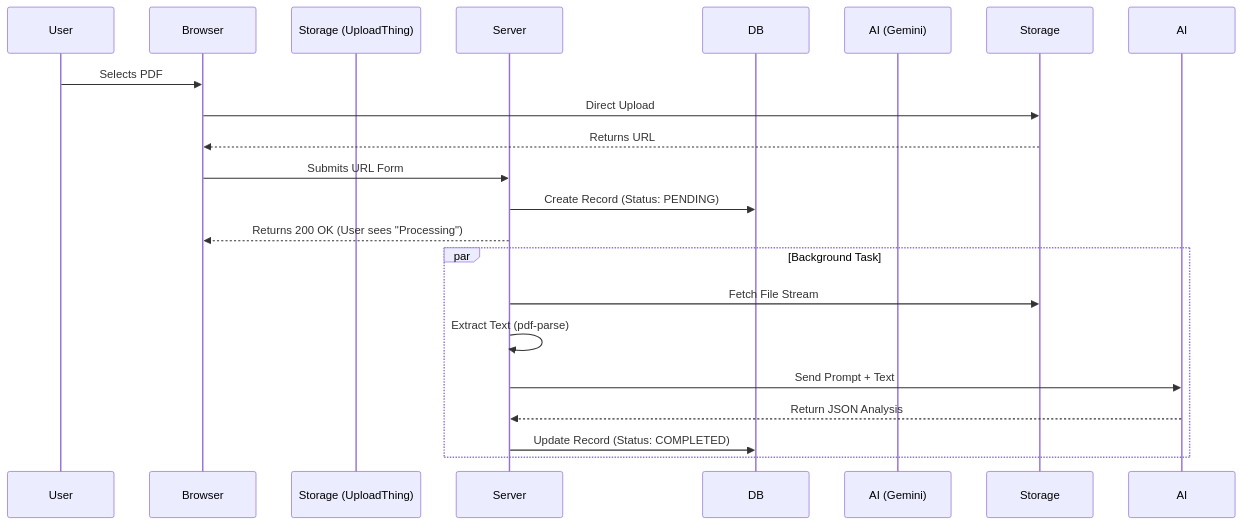
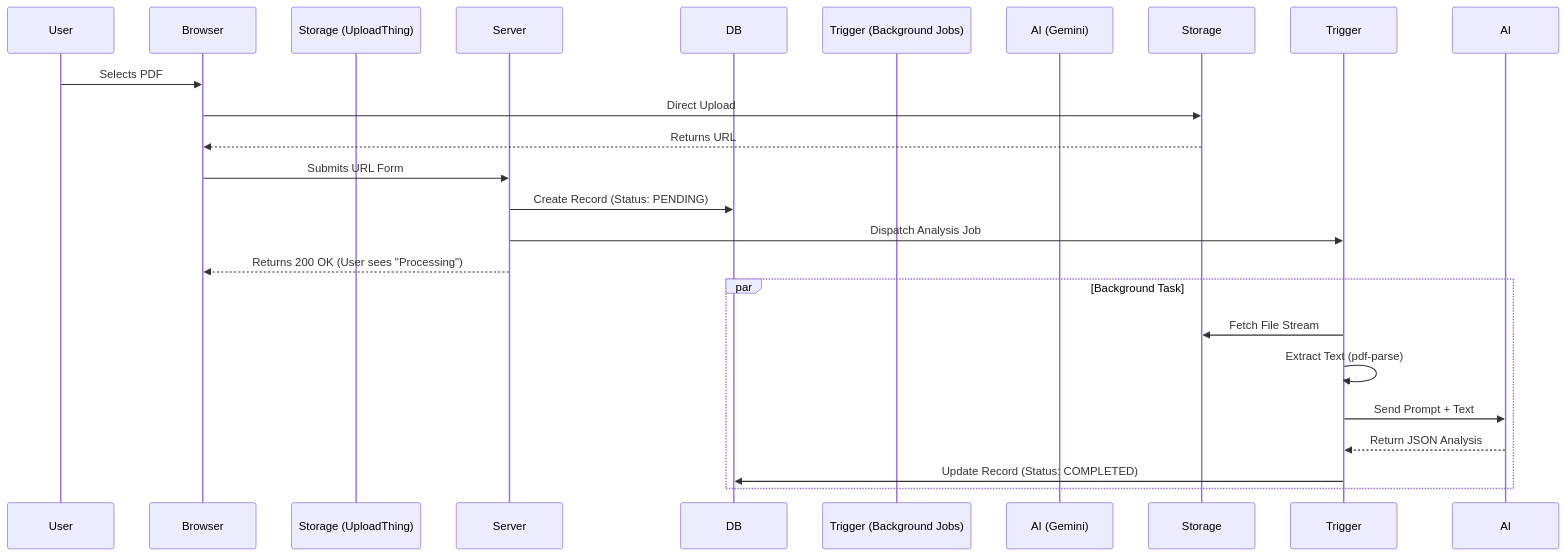
The diagram in README.md (jenacodes/AI-resume-analyzer), drawn with Mermaid before and after one commit. The commit also changed other lines of this file, not shown here.

Commit message:
docs: Update README to detail Trigger.dev integration for background jobs, add Smart Cover Letter Generator feature, and update setup instructions.

````diff
--- a/README.md
+++ b/README.md
@@ -54,24 +57,27 @@
 ```mermaid
 sequenceDiagram
     participant User
     participant Browser
     participant Storage (UploadThing)
     participant Server
+
     participant DB
+    participant Trigger (Background Jobs)
     participant AI (Gemini)
 
     User->>Browser: Selects PDF
     Browser->>Storage: Direct Upload
     Storage-->>Browser: Returns URL
     Browser->>Server: Submits URL Form
     Server->>DB: Create Record (Status: PENDING)
+    Server->>Trigger: Dispatch Analysis Job
     Server-->>Browser: Returns 200 OK (User sees "Processing")
 
     par Background Task
-        Server->>Storage: Fetch File Stream
-        Server->>Server: Extract Text (pdf-parse)
-        Server->>AI: Send Prompt + Text
-        AI-->>Server: Return JSON Analysis
-        Server->>DB: Update Record (Status: COMPLETED)
+        Trigger->>Storage: Fetch File Stream
+        Trigger->>Trigger: Extract Text (pdf-parse)
+        Trigger->>AI: Send Prompt + Text
+        AI-->>Trigger: Return JSON Analysis
+        Trigger->>DB: Update Record (Status: COMPLETED)
     end
 ```
````
